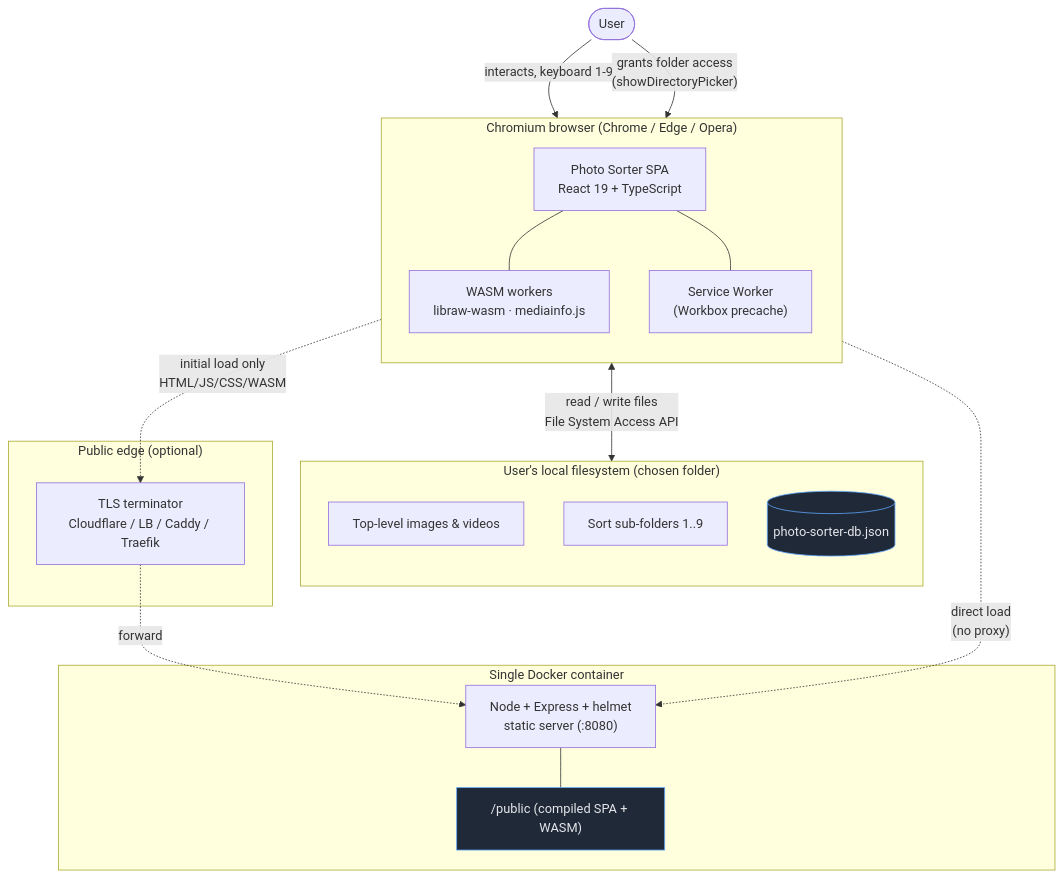
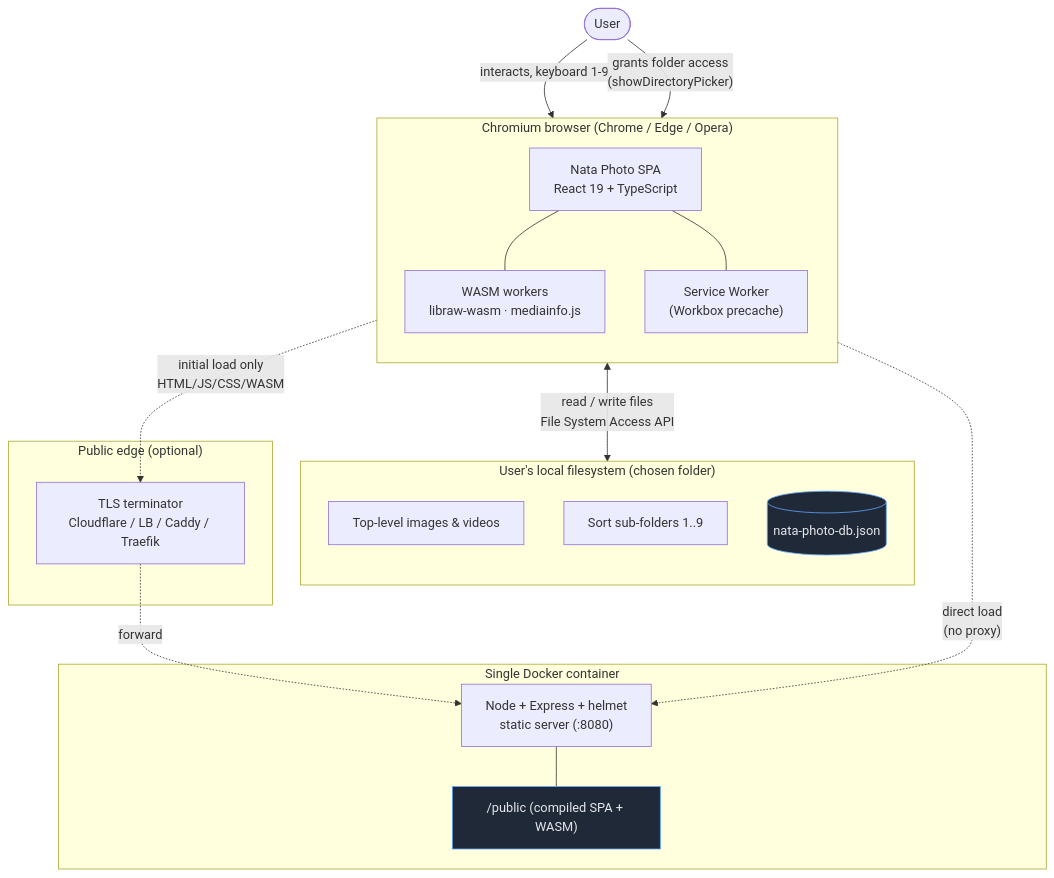
The first of 10 diagrams in docs/ARCHITECTURE.md (frama21/photo-sorter), drawn with Mermaid before and after one commit. The commit also changed other lines of this file and 149 other files, not shown here.

````diff
--- a/docs/ARCHITECTURE.md
+++ b/docs/ARCHITECTURE.md
@@ -32,40 +32,40 @@
 ```mermaid
 graph TB
     user([User])
 
     subgraph browser["Chromium browser (Chrome / Edge / Opera)"]
         direction TB
-        spa["Photo Sorter SPA<br/>React 19 + TypeScript"]
+        spa["Nata Photo SPA<br/>React 19 + TypeScript"]
         wasm["WASM workers<br/>libraw-wasm · mediainfo.js"]
         sw["Service Worker<br/>(Workbox precache)"]
         spa --- wasm
         spa --- sw
     end
 
     subgraph disk["User's local filesystem (chosen folder)"]
         direction TB
         media["Top-level images & videos"]
         subfolders["Sort sub-folders 1..9"]
-        db[("photo-sorter-db.json")]
+        db[("nata-photo-db.json")]
     end
 
     subgraph edge["Public edge (optional)"]
         tls["TLS terminator<br/>Cloudflare / LB / Caddy / Traefik"]
     end
 
     subgraph container["Single Docker container"]
         server["Node + Express + helmet<br/>static server (:8080)"]
         dist["/public (compiled SPA + WASM)"]
         server --- dist
     end
 
     user -->|interacts, keyboard 1-9| spa
     user -->|"grants folder access<br/>(showDirectoryPicker)"| browser
     browser <-->|"read / write files<br/>File System Access API"| disk
     browser -.->|"initial load only<br/>HTML/JS/CSS/WASM"| tls
     tls -.->|"forward"| server
     browser -.->|"direct load<br/>(no proxy)"| server
 
     classDef store fill:#1f2937,stroke:#60a5fa,color:#e5e7eb;
     class db,dist store;
 ```
````
